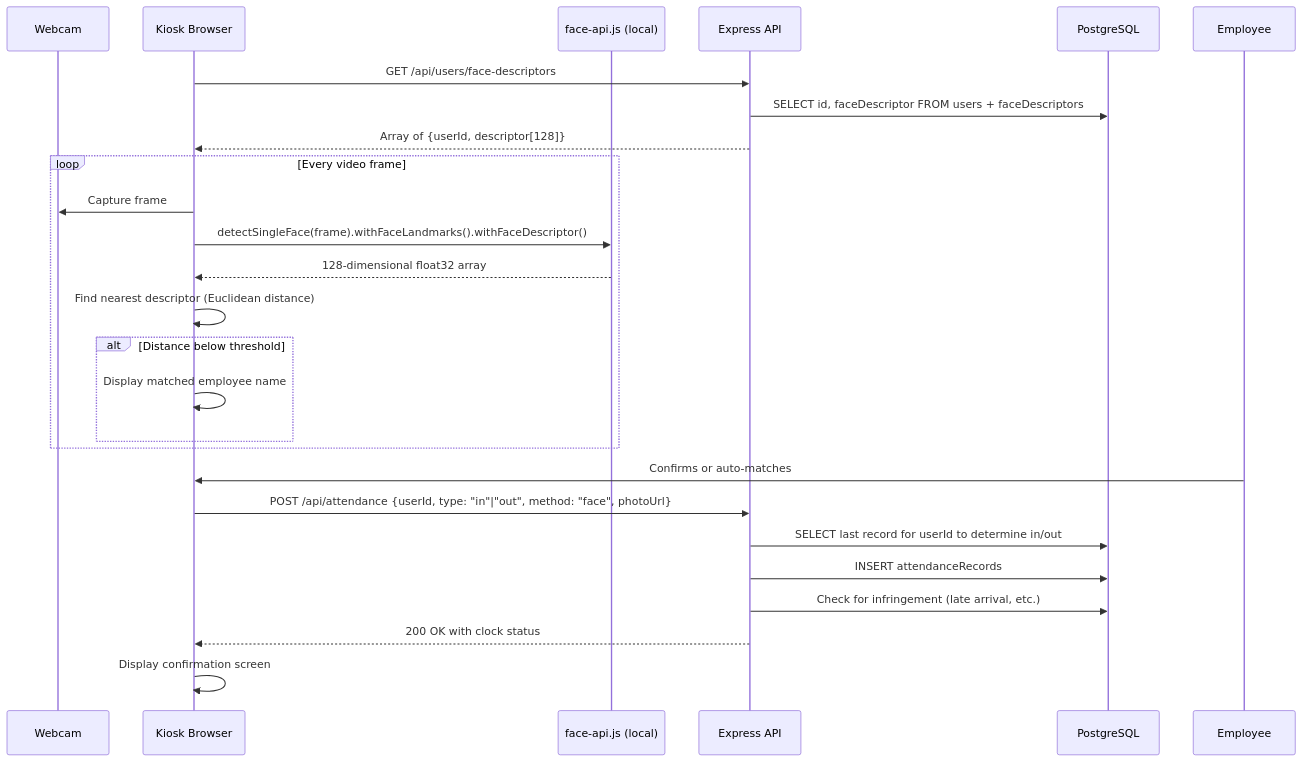
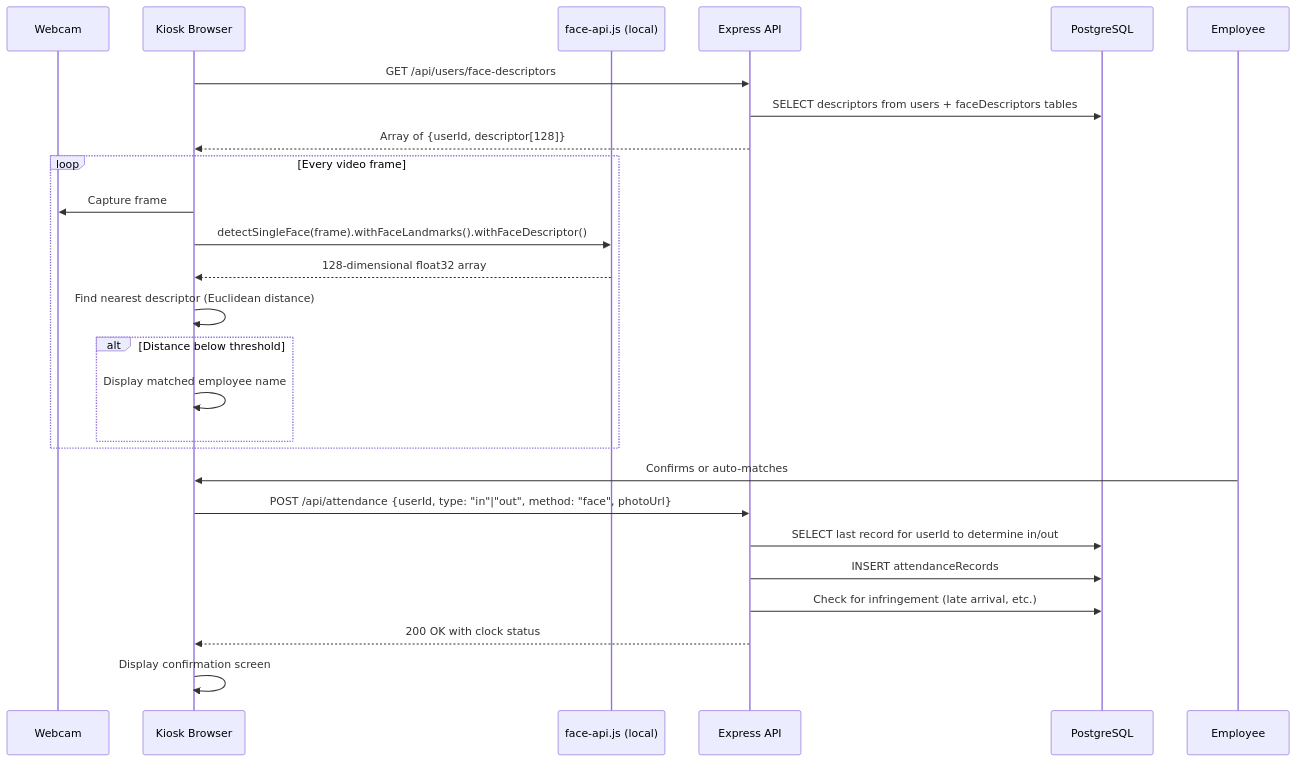
Before and after one commit to stopdoingnothing/Factory-Flow: the third of 5 diagrams in docs/sad/06-key-workflows.md, drawn with Mermaid. The commit also changed other lines of this file and 17 other files, not shown here.

````diff
--- a/docs/sad/06-key-workflows.md
+++ b/docs/sad/06-key-workflows.md
@@ -84,30 +122,30 @@
 ```mermaid
 sequenceDiagram
     participant Cam as Webcam
     participant Browser as Kiosk Browser
     participant FaceAPI as face-api.js (local)
     participant API as Express API
     participant DB as PostgreSQL
 
     Browser->>API: GET /api/users/face-descriptors
-    API->>DB: SELECT id, faceDescriptor FROM users + faceDescriptors
+    API->>DB: SELECT descriptors from users + faceDescriptors tables
     API-->>Browser: Array of {userId, descriptor[128]}
 
     loop Every video frame
         Browser->>Cam: Capture frame
         Browser->>FaceAPI: detectSingleFace(frame).withFaceLandmarks().withFaceDescriptor()
         FaceAPI-->>Browser: 128-dimensional float32 array
         Browser->>Browser: Find nearest descriptor (Euclidean distance)
         alt Distance below threshold
             Browser->>Browser: Display matched employee name
         end
     end
 
     Employee->>Browser: Confirms or auto-matches
     Browser->>API: POST /api/attendance {userId, type: "in"|"out", method: "face", photoUrl}
     API->>DB: SELECT last record for userId to determine in/out
     API->>DB: INSERT attendanceRecords
     API->>DB: Check for infringement (late arrival, etc.)
     API-->>Browser: 200 OK with clock status
     Browser->>Browser: Display confirmation screen
 ```
````
